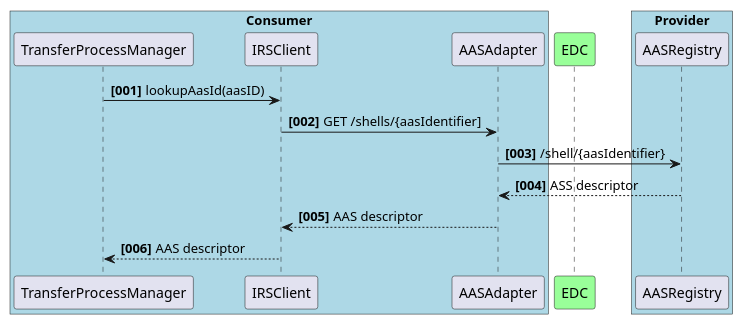
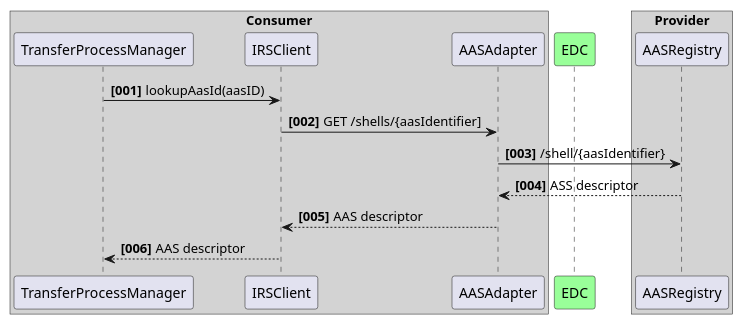
The diagram in uml-diagramms/call-aas-registry-sequence.puml (eclipse-tractusx/item-relationship-service), drawn with PlantUML before and after one commit. The commit also changed 5 other files, not shown here.

```diff
--- a/uml-diagramms/call-aas-registry-sequence.puml
+++ b/uml-diagramms/call-aas-registry-sequence.puml
@@ -1,15 +1,16 @@
 @startuml
 'https://plantuml.com/sequence-diagram
+skinparam shadowing false
 
 autonumber "<b>[000]"
-box "Consumer" #LightBlue
+box "Consumer" #LightGrey
 TransferProcessManager -> IRSClient: lookupAasId(aasID)
 IRSClient -> AASAdapter: GET /shells/{aasIdentifier]
 end box
 participant "EDC" as L #99FF99
-box "Provider" #LightBlue
+box "Provider" #LightGrey
 AASAdapter -> AASRegistry: /shell/{aasIdentifier}
 AASAdapter <-- AASRegistry: ASS descriptor
 IRSClient <-- AASAdapter: AAS descriptor
 TransferProcessManager <-- IRSClient: AAS descriptor
 @enduml
```
